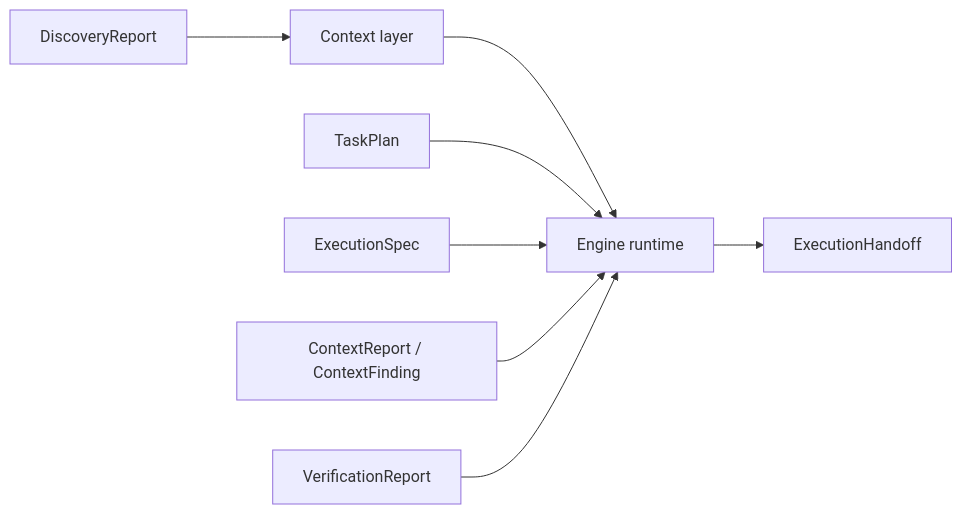
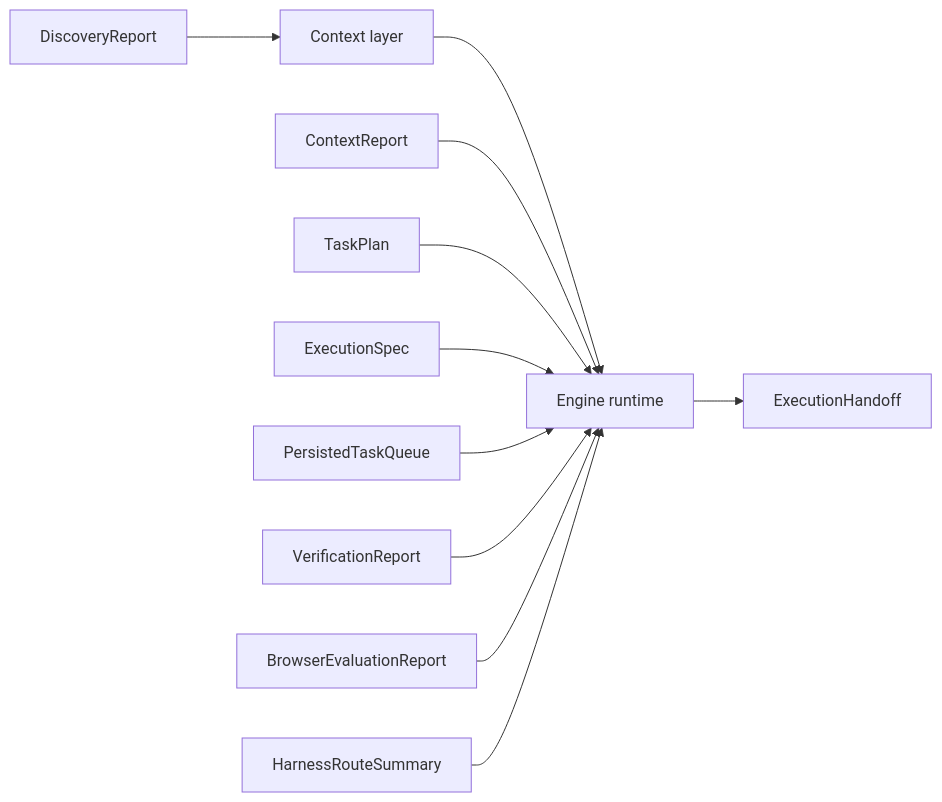
One commit to thisisyoussef/shipyard changed the diagram in shipyard/src/artifacts/README.md. Above: the diagram before and after it, drawn with Mermaid. The commit also changed other lines of this file and 21 other files, not shown here.

First line of the commit message:
docs: refresh runtime architecture guides

````diff
--- a/shipyard/src/artifacts/README.md
+++ b/shipyard/src/artifacts/README.md
@@ -27,19 +32,25 @@
 ```mermaid
 flowchart LR
   Discovery["DiscoveryReport"]
   Context["Context layer"]
-  Plan["TaskPlan"]
+  Task["TaskPlan"]
   Execution["ExecutionSpec"]
+  Queue["PersistedTaskQueue"]
+  Verify["VerificationReport"]
+  Browser["BrowserEvaluationReport"]
+  Route["HarnessRouteSummary"]
   Engine["Engine runtime"]
-  Verify["VerificationReport"]
   Handoff["ExecutionHandoff"]
-  Findings["ContextReport / ContextFinding"]
+  Findings["ContextReport"]
 
   Discovery --> Context
   Context --> Engine
-  Plan --> Engine
+  Findings --> Engine
+  Task --> Engine
   Execution --> Engine
-  Findings --> Engine
+  Queue --> Engine
   Verify --> Engine
+  Browser --> Engine
+  Route --> Engine
   Engine --> Handoff
 ```
````
